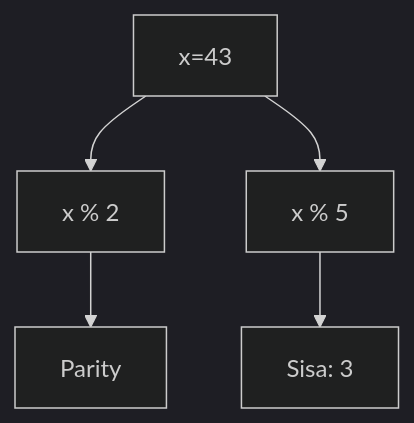
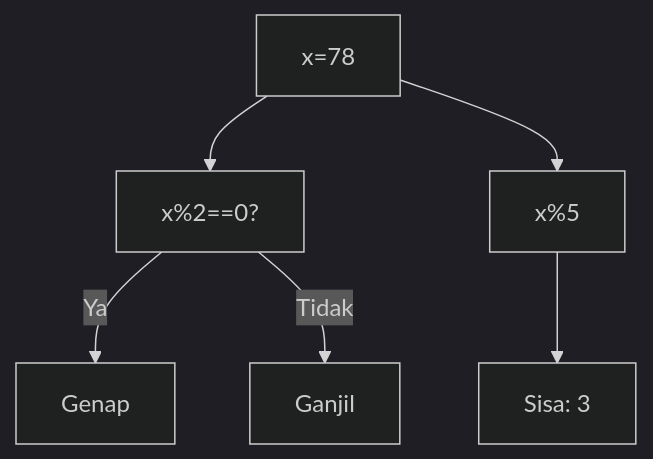
Before and after one commit to amnahwaida/OSNK_INF_PREP: the fourth of 25 diagrams in part-c-pemahaman-cpp/06-bitwise/latihan/set-07.md, drawn with Mermaid (dark theme). The commit also changed other lines of this file and 71 other files, not shown here.

Commit message:
Fixed Mermaid syntax lexical errors with quoted labels in 1,800 questions

````diff
--- a/part-c-pemahaman-cpp/06-bitwise/latihan/set-07.md
+++ b/part-c-pemahaman-cpp/06-bitwise/latihan/set-07.md
@@ -54,7 +115,8 @@
 ```mermaid
 graph TD
-A[x=43] --> B[x % 2]
-B --> C[Parity]
-A --> D[x % 5]
-D --> E[Sisa: 3]
+A["x=78"] --> B["x%2==0?"]
+B -- Ya --> C["Genap"]
+B -- Tidak --> D["Ganjil"]
+A --> E["x%5"]
+E --> F["Sisa: 3"]
 ```
````
